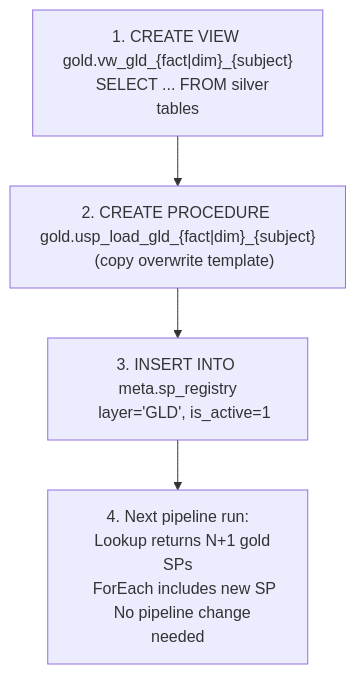
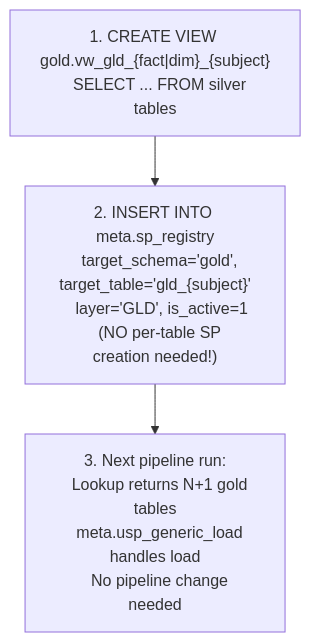
Before and after one commit to ankinguyen-engineer-2002/Fabric-v9-Warehouse-Medallion: diagram 13 of 13 in Fabric_Architect/template_architecture.md, drawn with Mermaid. The commit also changed other lines of this file and 7 other files, not shown here.

First line of the commit message:
Generic SP migration: 28 per-table SPs → 1 meta.usp_generic_load

````diff
--- a/Fabric_Architect/template_architecture.md
+++ b/Fabric_Architect/template_architecture.md
@@ -675,9 +612,8 @@
 ```mermaid
 flowchart TD
     A["1. CREATE VIEW gold.vw_gld_{fact|dim}_{subject}\n   SELECT ... FROM silver tables"]
-    B["2. CREATE PROCEDURE gold.usp_load_gld_{fact|dim}_{subject}\n   (copy overwrite template)"]
-    C["3. INSERT INTO meta.sp_registry\n   layer='GLD', is_active=1"]
-    D["4. Next pipeline run:\n   Lookup returns N+1 gold SPs\n   ForEach includes new SP\n   No pipeline change needed"]
+    B["2. INSERT INTO meta.sp_registry\n   target_schema='gold', target_table='gld_{subject}'\n   layer='GLD', is_active=1\n   (NO per-table SP creation needed!)"]
+    C["3. Next pipeline run:\n   Lookup returns N+1 gold tables\n   meta.usp_generic_load handles load\n   No pipeline change needed"]
 
-    A --> B --> C --> D
+    A --> B --> C
 ```
````
